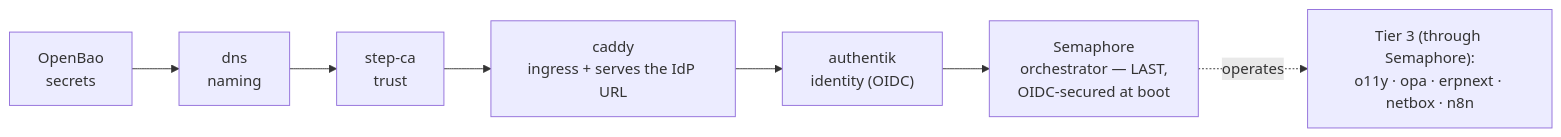
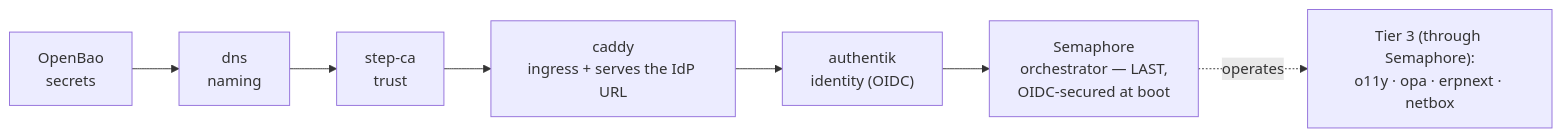
The fifth of 5 diagrams in plan/archive/development/LOCAL-DEV-DEPLOYMENT.md (uhstray-io/agent-cloud), drawn with Mermaid before and after one commit. The commit also changed other lines of this file and 29 other files, not shown here.

````diff
--- a/plan/archive/development/LOCAL-DEV-DEPLOYMENT.md
+++ b/plan/archive/development/LOCAL-DEV-DEPLOYMENT.md
@@ -322,5 +312,5 @@
 ```mermaid
 flowchart LR
   BAO["OpenBao<br/>secrets"] --> DNS["dns<br/>naming"] --> CA["step-ca<br/>trust"] --> CADDY["caddy<br/>ingress + serves the IdP URL"] --> AK["authentik<br/>identity (OIDC)"] --> SEM["Semaphore<br/>orchestrator — LAST,<br/>OIDC-secured at boot"]
-  SEM -.->|operates| T3["Tier 3 (through Semaphore):<br/>o11y · opa · erpnext · netbox · n8n"]
+  SEM -.->|operates| T3["Tier 3 (through Semaphore):<br/>o11y · opa · erpnext · netbox"]
 ```
````
